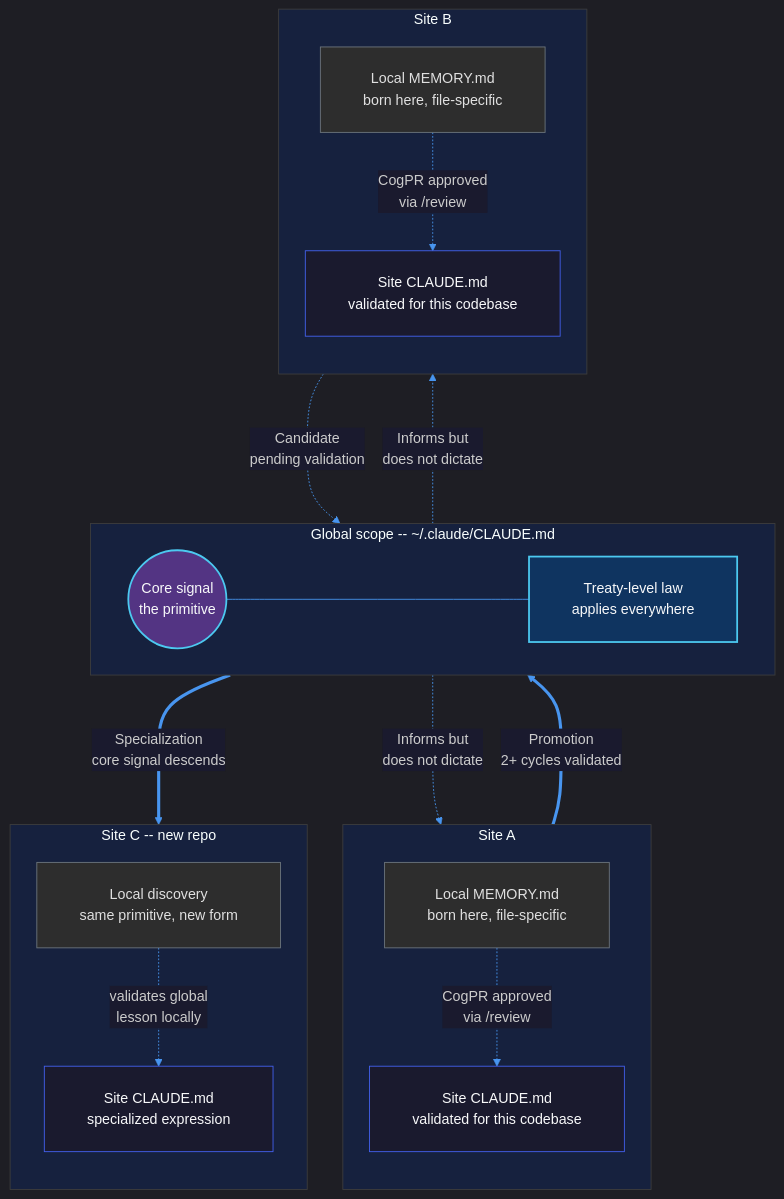
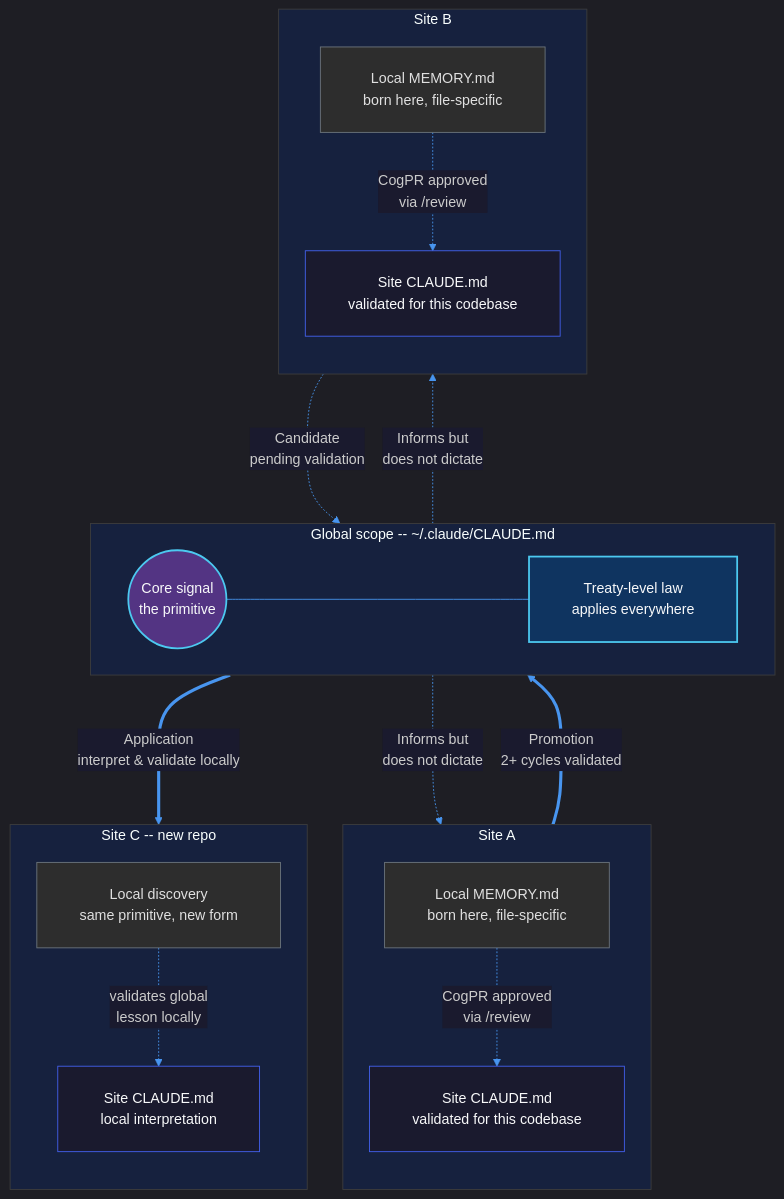
The second of 3 diagrams in README.md (prompted365/context-grapple-gun), drawn with Mermaid before and after one commit. The commit also changed other lines of this file and 4 other files, not shown here.

````diff
--- a/README.md
+++ b/README.md
@@ -235,47 +245,47 @@
 ```mermaid
 %%{init: {'theme': 'dark', 'flowchart': {'padding': 24, 'rankSpacing': 60, 'nodeSpacing': 40}, 'themeVariables': {'primaryColor': '#4361ee', 'primaryTextColor': '#f8f9fa', 'primaryBorderColor': '#6c757d', 'lineColor': '#4895ef', 'secondaryColor': '#1a1a2e', 'tertiaryColor': '#16213e', 'edgeLabelBackground': '#1a1a2e', 'clusterBkg': '#16213e', 'clusterBorder': '#3d3d3d'}}}%%
 flowchart TB
     subgraph GLOBAL["Global scope -- ~/.claude/CLAUDE.md"]
         direction LR
         G1(("Core signal<br/>the primitive"))
         G2["Treaty-level law<br/>applies everywhere"]
         G1 ------ G2
     end
 
     subgraph SITE_A["Site A"]
         direction TB
         PA1["Site CLAUDE.md<br/>validated for this codebase"]
         PA2["Local MEMORY.md<br/>born here, file-specific"]
         PA2 -. "CogPR approved<br/>via /review" .-> PA1
     end
 
     subgraph SITE_B["Site B"]
         direction TB
         PB1["Site CLAUDE.md<br/>validated for this codebase"]
         PB2["Local MEMORY.md<br/>born here, file-specific"]
         PB2 -. "CogPR approved<br/>via /review" .-> PB1
     end
 
     subgraph SITE_C["Site C -- new repo"]
         direction TB
-        PC1["Site CLAUDE.md<br/>specialized expression"]
+        PC1["Site CLAUDE.md<br/>local interpretation"]
         PC2["Local discovery<br/>same primitive, new form"]
         PC2 -. "validates global<br/>lesson locally" .-> PC1
     end
 
     PA1 == "Promotion<br/>2+ cycles validated" ===> GLOBAL
     PB1 -. "Candidate<br/>pending validation" ..-> GLOBAL
-    GLOBAL == "Specialization<br/>core signal descends" ===> PC1
+    GLOBAL == "Application<br/>interpret &amp; validate locally" ===> PC1
     GLOBAL -. "Informs but<br/>does not dictate" ..-> PA1
     GLOBAL -. "Informs but<br/>does not dictate" ..-> PB1
 
     classDef global fill:#0f3460,stroke:#4cc9f0,color:#f8f9fa,stroke-width:2px
     classDef site fill:#1a1a2e,stroke:#4361ee,color:#f8f9fa
     classDef local fill:#2d2d2d,stroke:#6c757d,color:#e0e0e0
     classDef core fill:#533483,stroke:#4cc9f0,color:#f8f9fa,stroke-width:2px
 
     class G1 core
     class G2 global
     class PA1,PB1,PC1 site
     class PA2,PB2,PC2 local
 ```
````
